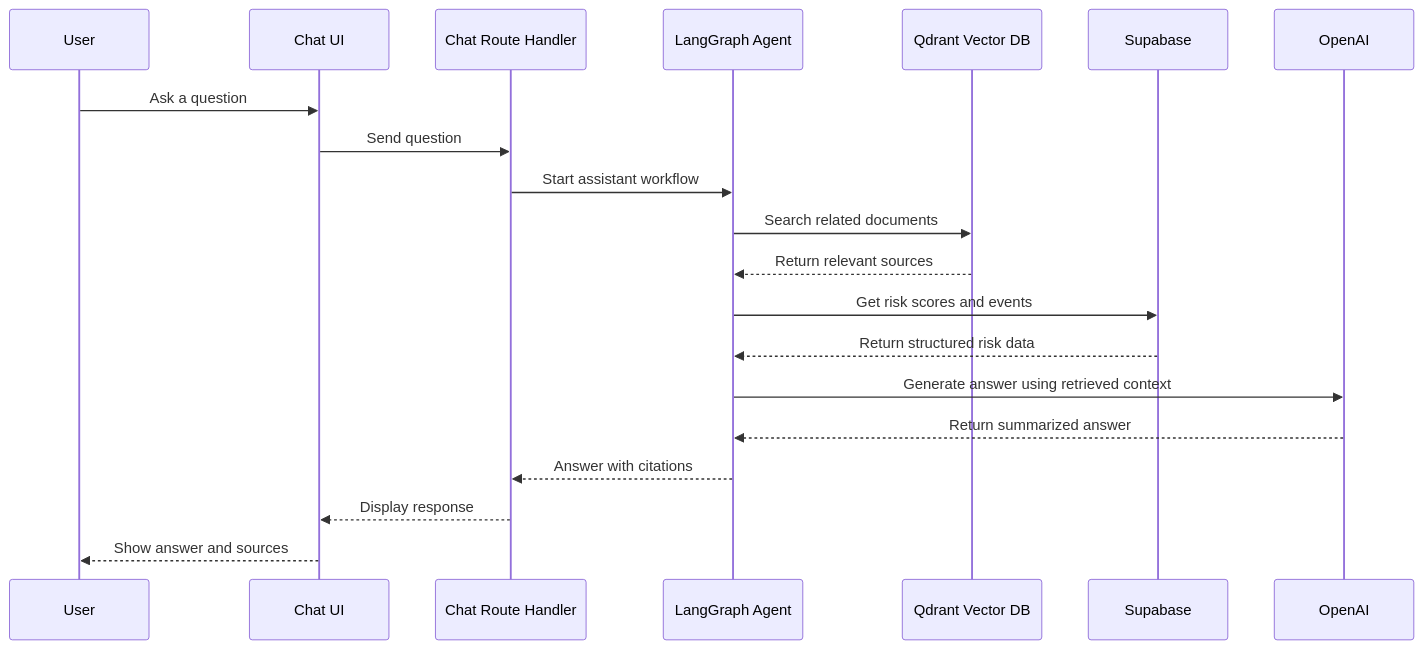
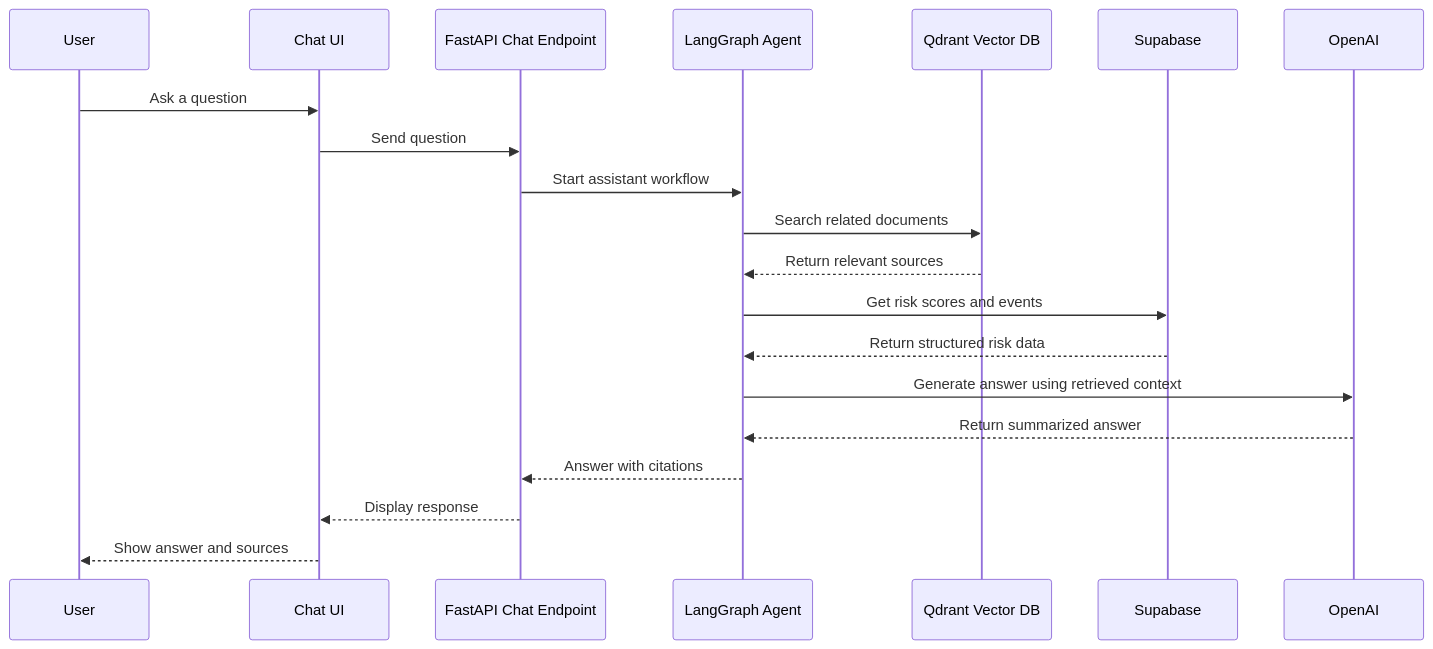
Before and after one commit to shima-maleki/SupplyChainOracle: the third of 9 diagrams in docs/architecture.md, drawn with Mermaid. The commit also changed other lines of this file and 2 other files, not shown here.

Commit message:
adding updated PRD and architecture

````diff
--- a/docs/architecture.md
+++ b/docs/architecture.md
@@ -162,23 +170,23 @@
 ```mermaid
 sequenceDiagram
     participant User
     participant UI as Chat UI
-    participant API as Chat Route Handler
+    participant API as FastAPI Chat Endpoint
     participant Agent as LangGraph Agent
     participant Qdrant as Qdrant Vector DB
     participant DB as Supabase
     participant LLM as OpenAI
 
     User->>UI: Ask a question
     UI->>API: Send question
     API->>Agent: Start assistant workflow
     Agent->>Qdrant: Search related documents
     Qdrant-->>Agent: Return relevant sources
     Agent->>DB: Get risk scores and events
     DB-->>Agent: Return structured risk data
     Agent->>LLM: Generate answer using retrieved context
     LLM-->>Agent: Return summarized answer
     Agent-->>API: Answer with citations
     API-->>UI: Display response
     UI-->>User: Show answer and sources
 ```
````
